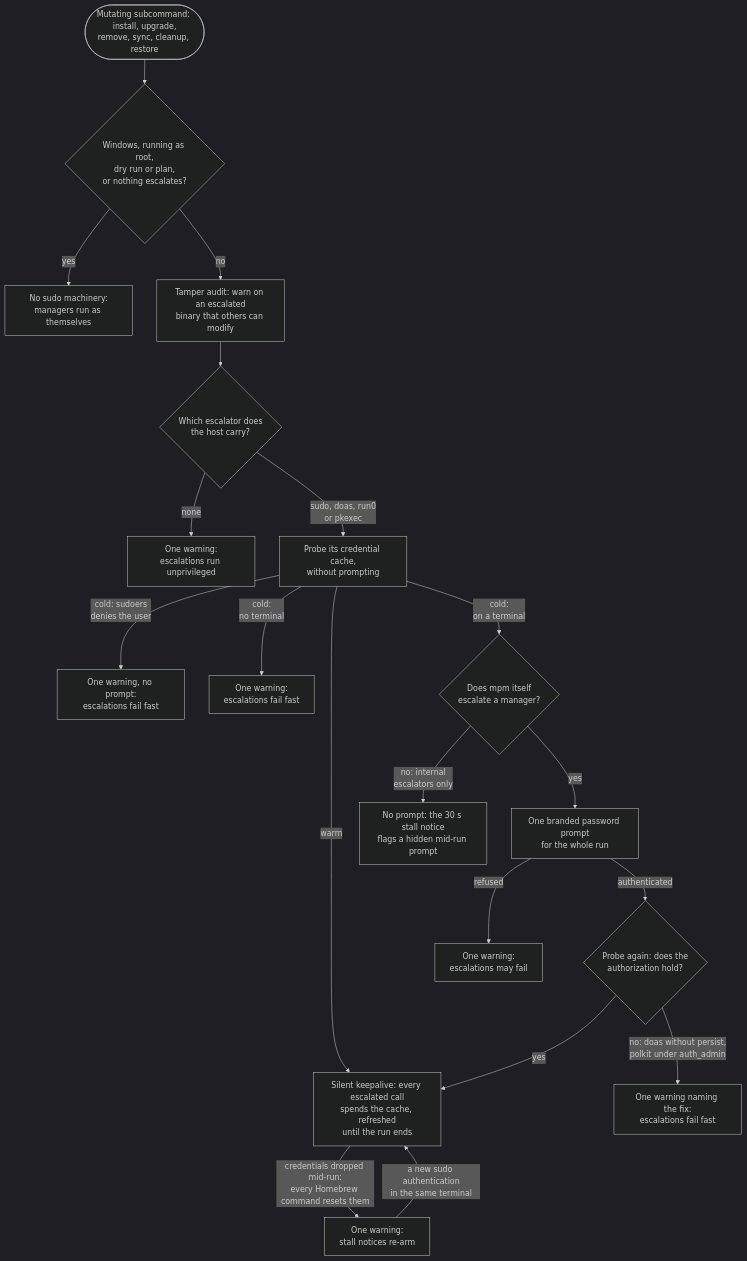
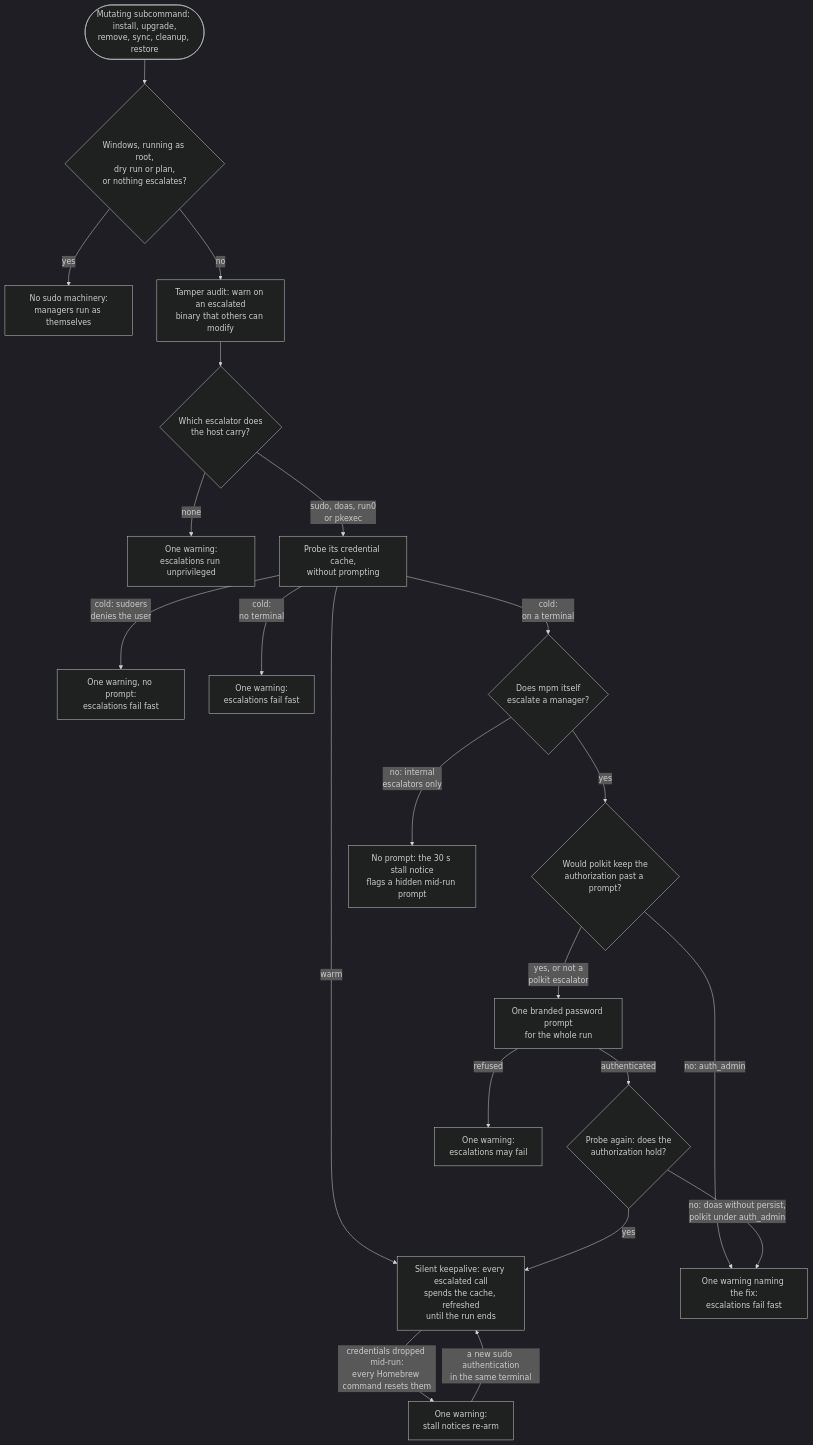
The diagram in docs/sudo.md (kdeldycke/meta-package-manager), drawn with Mermaid (dark theme) before and after one commit. The commit also changed other lines of this file and 37 other files, not shown here.

````diff
--- a/docs/sudo.md
+++ b/docs/sudo.md
@@ -127,21 +127,23 @@
 ```mermaid
 flowchart TD
     begin(["Mutating subcommand: install, upgrade,<br/>remove, sync, cleanup, restore"]) --> skip{"Windows, running as root,<br/>dry run or plan,<br/>or nothing escalates?"}
     skip -->|"yes"| bare["No sudo machinery:<br/>managers run as themselves"]
     skip -->|"no"| audit["Tamper audit: warn on an escalated<br/>binary that others can modify"]
     audit --> pick{"Which escalator does<br/>the host carry?"}
     pick -->|"none"| noesc["One warning:<br/>escalations run unprivileged"]
     pick -->|"sudo, doas, run0<br/>or pkexec"| probe["Probe its credential cache,<br/>without prompting"]
     probe -->|"warm"| keepalive["Silent keepalive: every escalated call<br/>spends the cache, refreshed<br/>until the run ends"]
     probe -->|"cold: sudoers<br/>denies the user"| denied["One warning, no prompt:<br/>escalations fail fast"]
     probe -->|"cold:<br/>no terminal"| notty["One warning:<br/>escalations fail fast"]
     probe -->|"cold:<br/>on a terminal"| who{"Does mpm itself<br/>escalate a manager?"}
-    who -->|"yes"| prompt["One branded password prompt<br/>for the whole run"]
+    who -->|"yes"| kept{"Would polkit keep the<br/>authorization past a prompt?"}
     who -->|"no: internal<br/>escalators only"| stall["No prompt: the 30 s stall notice<br/>flags a hidden mid-run prompt"]
+    kept -->|"no: auth_admin"| nokeep["One warning naming the fix:<br/>escalations fail fast"]
+    kept -->|"yes, or not a<br/>polkit escalator"| prompt["One branded password prompt<br/>for the whole run"]
     prompt -->|"authenticated"| reprobe{"Probe again: does the<br/>authorization hold?"}
     reprobe -->|"yes"| keepalive
-    reprobe -->|"no: doas without persist,<br/>polkit under auth_admin"| nokeep["One warning naming the fix:<br/>escalations fail fast"]
+    reprobe -->|"no: doas without persist,<br/>polkit under auth_admin"| nokeep
     prompt -->|"refused"| failed["One warning:<br/>escalations may fail"]
     keepalive -->|"credentials dropped mid-run:<br/>every Homebrew command resets them"| dropped["One warning:<br/>stall notices re-arm"]
     dropped -->|"a new sudo authentication<br/>in the same terminal"| keepalive
 ```
````
